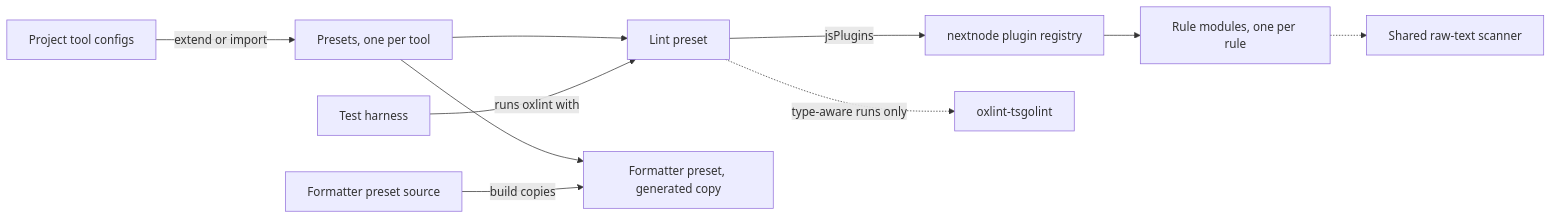
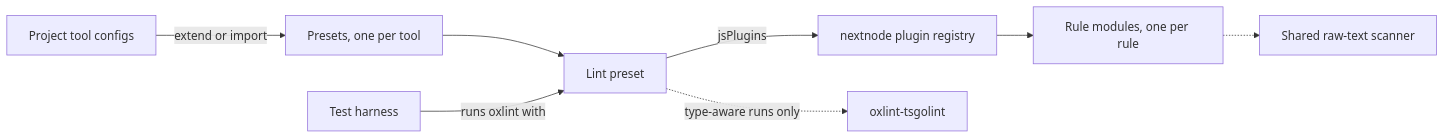
One commit to NextNodeSolutions/core changed the first of 4 diagrams in packages/standards/docs/architecture.md. Above: the diagram before and after it, drawn with Mermaid. The commit also changed other lines of this file and 9 other files, not shown here.

First line of the commit message:
refactor(standards): serve the formatter preset from its only source

````diff
--- a/packages/standards/docs/architecture.md
+++ b/packages/standards/docs/architecture.md
@@ -7,12 +7,10 @@
 ```mermaid
 flowchart LR
     Project["Project tool configs"] -->|extend or import| Presets["Presets, one per tool"]
     Presets --> Lint["Lint preset"]
-    Presets --> Format["Formatter preset, generated copy"]
-    FormatSource["Formatter preset source"] -->|build copies| Format
     Lint -->|jsPlugins| Registry["nextnode plugin registry"]
     Registry --> Rules["Rule modules, one per rule"]
     Rules -.-> Scanner["Shared raw-text scanner"]
     Lint -.->|type-aware runs only| Tsgolint["oxlint-tsgolint"]
     Harness["Test harness"] -->|runs oxlint with| Lint
 ```
````
